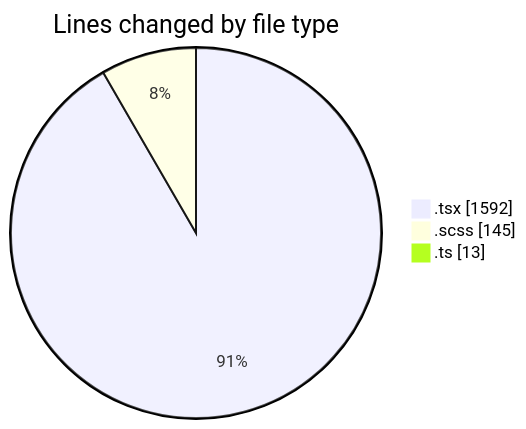
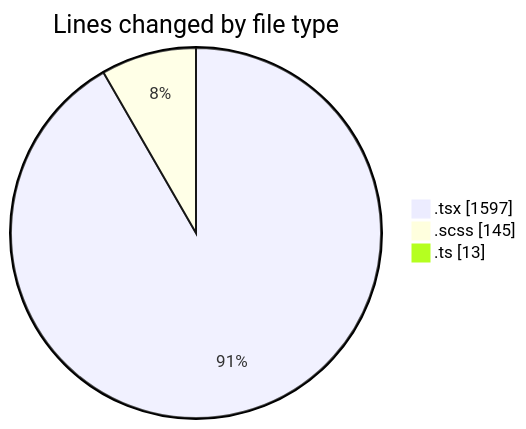
One commit to momahboobian/code-tracking changed the first of 2 diagrams in 2025-03-20/cda/README.md. Above: the diagram before and after it, drawn with Mermaid. The commit also changed other lines of this file and 1 other file, not shown here.

````diff
--- a/2025-03-20/cda/README.md
+++ b/2025-03-20/cda/README.md
@@ -24,7 +24,7 @@
 ```mermaid
 pie showData
 title Lines changed by file type
-".tsx" : 1592
+".tsx" : 1597
 ".scss" : 145
 ".ts" : 13
 ```
````
